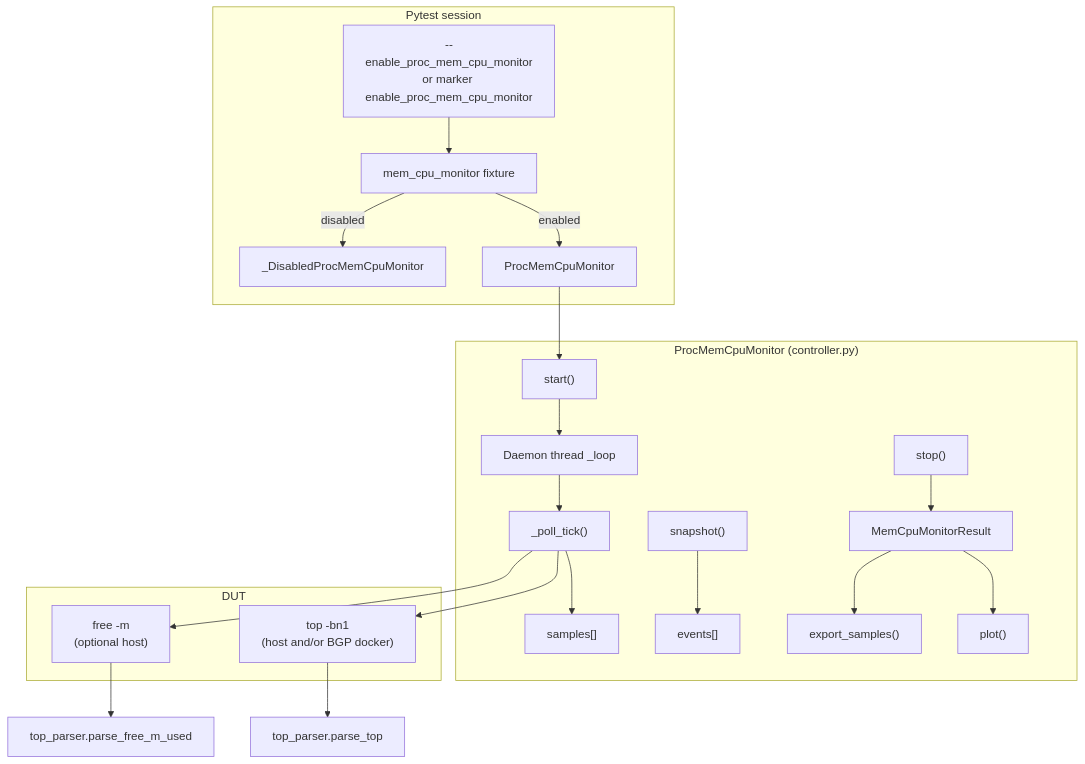
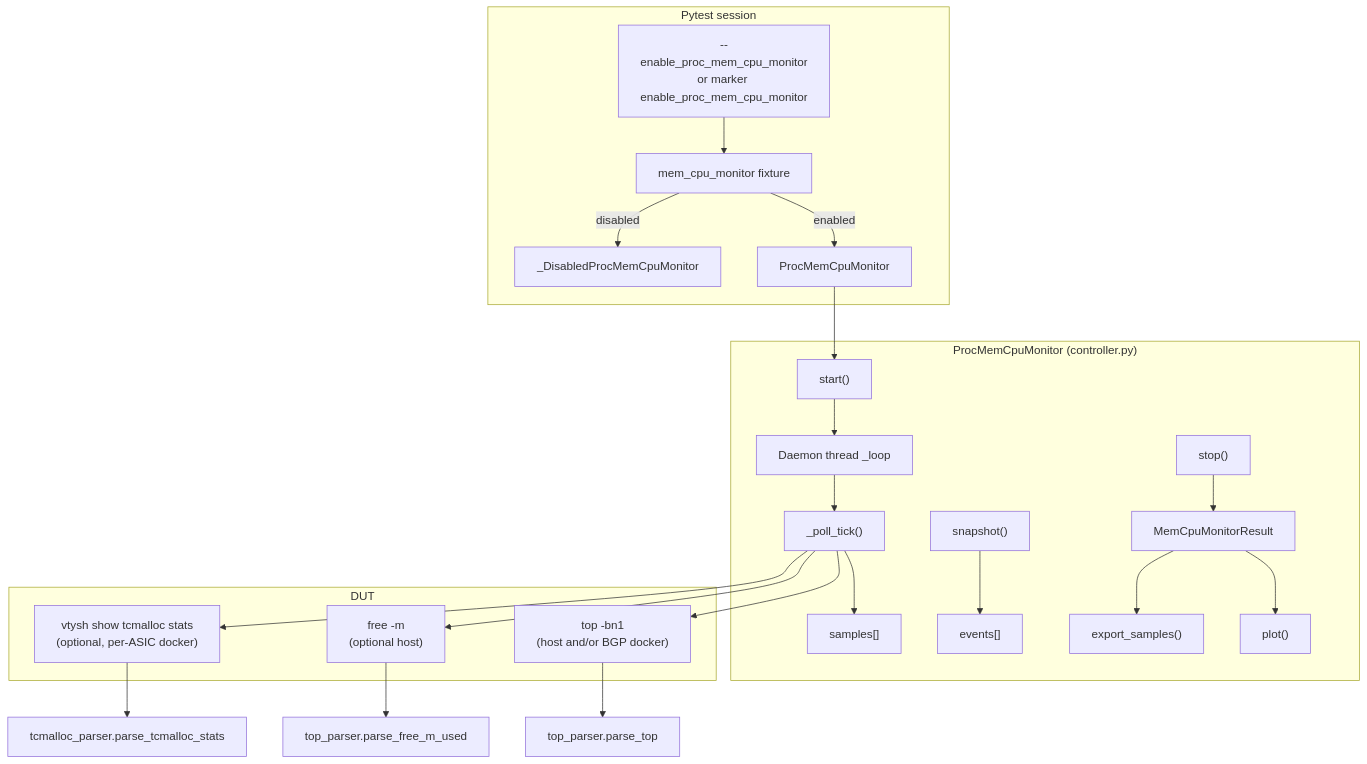
The first of 2 diagrams in tests/common/plugins/proc_mem_cpu_monitor/docs/HLD.md (sonic-net/sonic-mgmt), drawn with Mermaid before and after one commit. The commit also changed other lines of this file and 6 other files, not shown here.

Commit message:
snappi-mem-cpu-monit-infra: incorporated review comments and added support to capture tcmalloc stats and plot it.

````diff
--- a/tests/common/plugins/proc_mem_cpu_monitor/docs/HLD.md
+++ b/tests/common/plugins/proc_mem_cpu_monitor/docs/HLD.md
@@ -34,38 +35,41 @@
 ```mermaid
 flowchart TB
     subgraph pytest["Pytest session"]
         OPT["--enable_proc_mem_cpu_monitor\nor marker enable_proc_mem_cpu_monitor"]
         FIX["mem_cpu_monitor fixture"]
         OPT --> FIX
         FIX -->|enabled| MON["ProcMemCpuMonitor"]
         FIX -->|disabled| NOP["_DisabledProcMemCpuMonitor"]
     end
 
     subgraph controller["ProcMemCpuMonitor (controller.py)"]
         START["start()"]
         THR["Daemon thread _loop"]
         TICK["_poll_tick()"]
         SNAP["snapshot()"]
         STOP["stop()"]
         PLOT["plot()"]
         EXP["export_samples()"]
         START --> THR
         THR --> TICK
         SNAP --> EV["events[]"]
         TICK --> SM["samples[]"]
         STOP --> RES["MemCpuMonitorResult"]
         RES --> PLOT
         RES --> EXP
     end
 
     subgraph dut["DUT"]
         TOP["top -bn1\n(host and/or BGP docker)"]
         FREE["free -m\n(optional host)"]
+        TCMD["vtysh show tcmalloc stats\n(optional, per-ASIC docker)"]
     end
 
     MON --> START
     TICK --> TOP
     TICK --> FREE
+    TICK --> TCMD
     TOP --> PARSE["top_parser.parse_top"]
     FREE --> PARSEF["top_parser.parse_free_m_used"]
+    TCMD --> PARSET["tcmalloc_parser.parse_tcmalloc_stats"]
 ```
````
